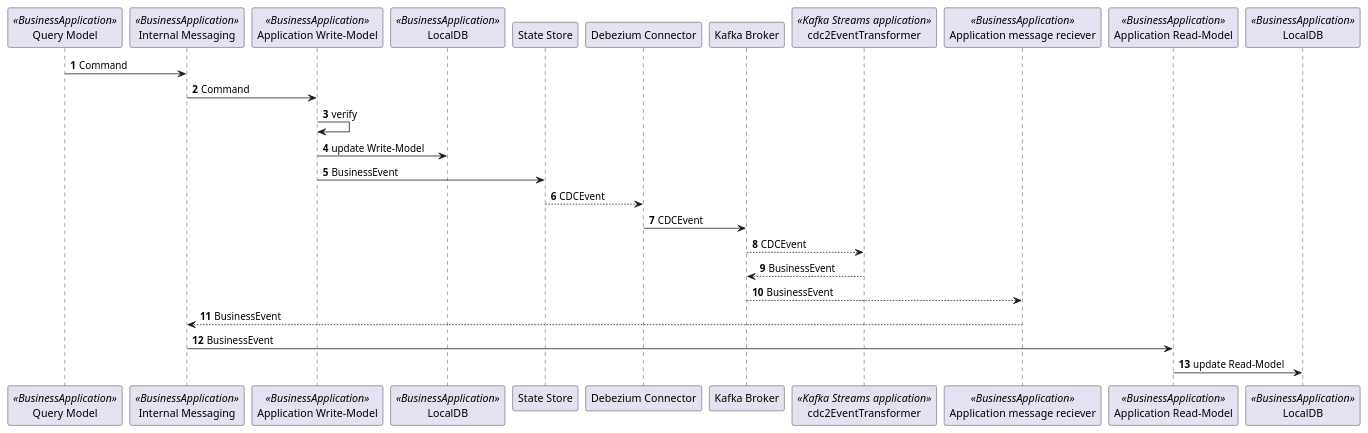
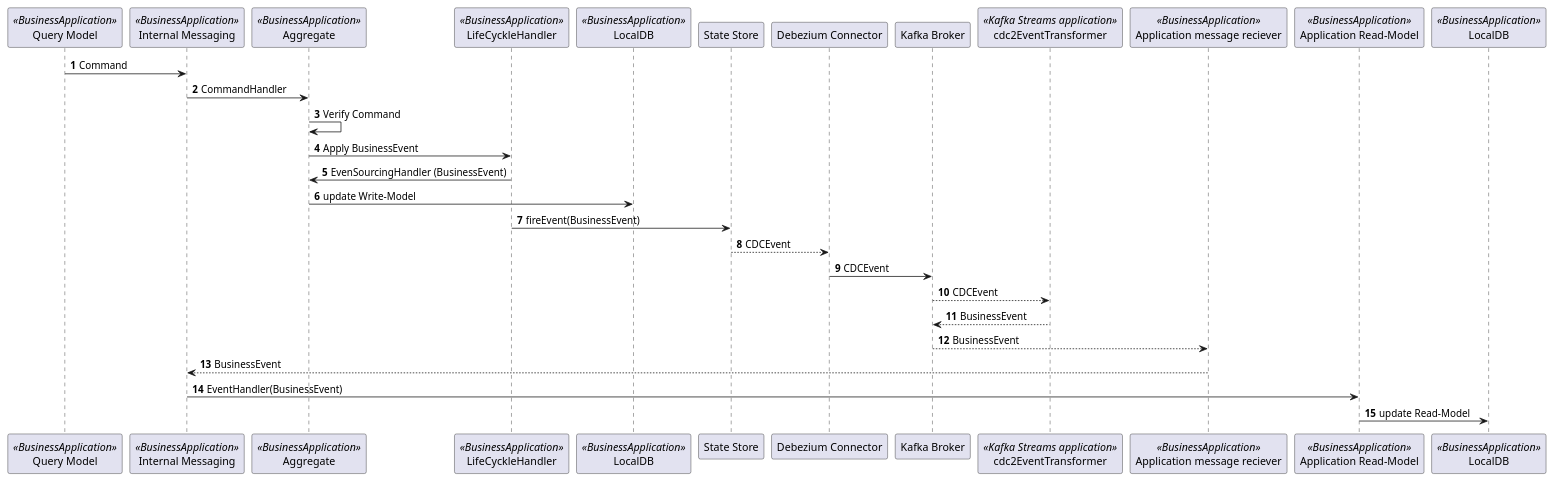
One commit to clausbulow/KafkaCQRSapp changed the diagram in diagrams/context.puml. Above: the diagram before and after it, drawn with PlantUML. The commit also changed 8 other files, not shown here.

```diff
--- a/diagrams/context.puml
+++ b/diagrams/context.puml
@@ -1,34 +1,38 @@
 @startuml
 'https://plantuml.com/sequence-diagram
 
 autonumber
 
 Participant quyery as "Query Model" << BusinessApplication >>
 Participant internal as "Internal Messaging" << BusinessApplication >>
-Participant writeModel as "Application Write-Model" << BusinessApplication >>
+Participant writeModel as "Aggregate" << BusinessApplication >>
+Participant lifeCycleHanlder as "LifeCyckleHandler" << BusinessApplication >>
+
 Participant localDBWrite as "LocalDB" << BusinessApplication >>
 Participant stateStore as "State Store"
 Participant connector as "Debezium Connector"
 Participant broker as "Kafka Broker"
 Participant transformer as "cdc2EventTransformer" <<Kafka Streams application>>
 Participant reciever as "Application message reciever" << BusinessApplication >>
 Participant readModel as "Application Read-Model" << BusinessApplication >>
 Participant localDBRead as "LocalDB" << BusinessApplication >>
 
 quyery -> internal: Command
-internal -> writeModel: Command
-writeModel -> writeModel: verify
+internal -> writeModel: CommandHandler
+writeModel -> writeModel: Verify Command
+writeModel -> lifeCycleHanlder: Apply BusinessEvent
+lifeCycleHanlder -> writeModel: EvenSourcingHandler (BusinessEvent)
 writeModel -> localDBWrite: update Write-Model
-writeModel -> stateStore: BusinessEvent
+lifeCycleHanlder -> stateStore: fireEvent(BusinessEvent)
 stateStore --> connector: CDCEvent
 connector -> broker: CDCEvent
 broker --> transformer:CDCEvent
 transformer --> broker: BusinessEvent
 broker --> reciever: BusinessEvent
 reciever --> internal: BusinessEvent
-internal -> readModel: BusinessEvent
+internal -> readModel: EventHandler(BusinessEvent)
 readModel -> localDBRead: update Read-Model
 
 
 
 @enduml
```
